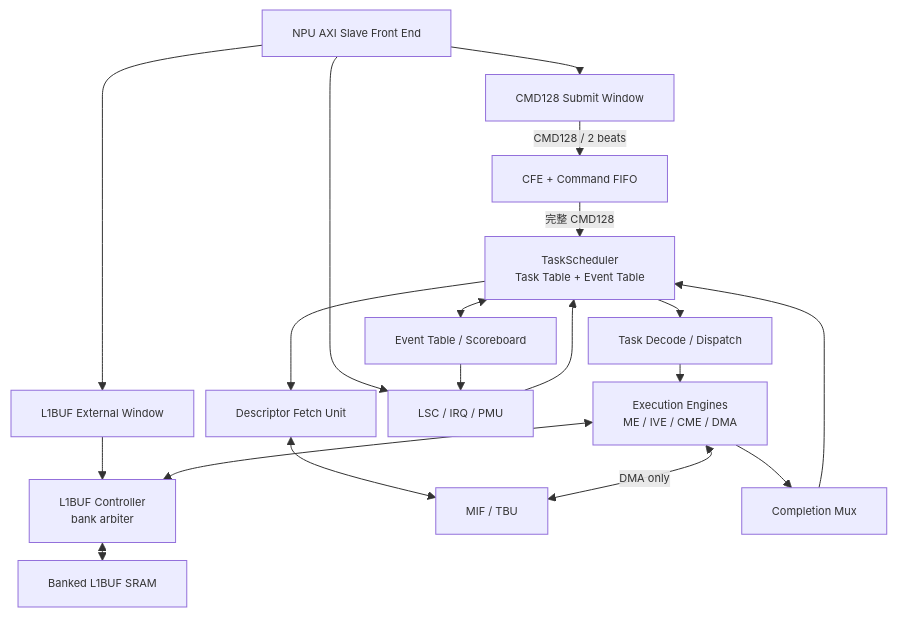
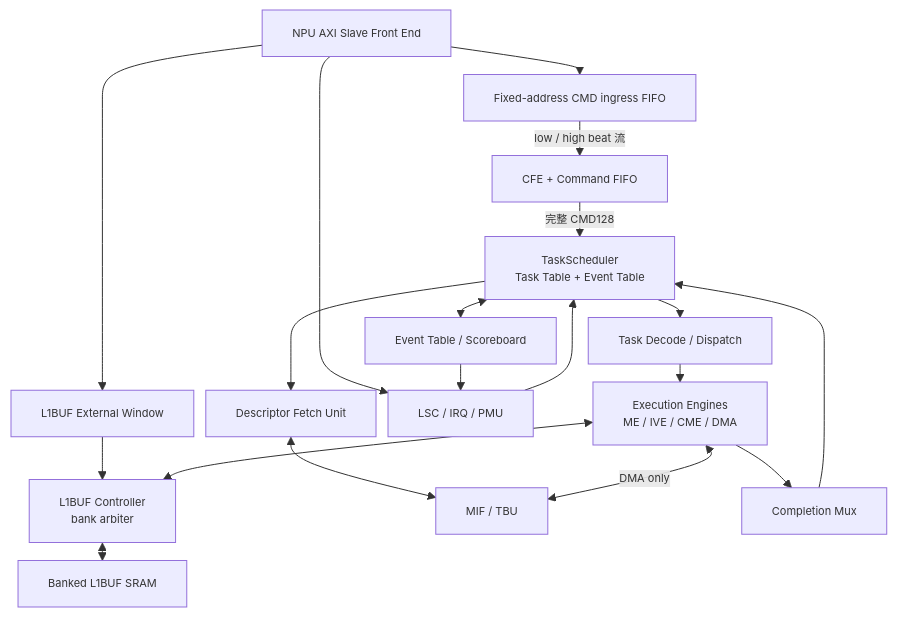
One commit to Little-W/Obsidian changed the third of 17 diagrams in NPU/NPU 指令与硬件架构设计 Spec.md. Above: the diagram before and after it, drawn with Mermaid. The commit also changed other lines of this file and 27 other files, not shown here.

````diff
--- a/NPU/NPU 指令与硬件架构设计 Spec.md
+++ b/NPU/NPU 指令与硬件架构设计 Spec.md
@@ -396,32 +400,32 @@
 ```mermaid
 %%{init: {"flowchart": {"useMaxWidth": true, "nodeSpacing": 12, "rankSpacing": 18}, "themeVariables": {"fontSize": "11px"}}}%%
 flowchart TB
     AXIS["NPU AXI Slave Front End"]
-    CMDW["CMD128 Submit Window"]
+    CMDW["Fixed-address CMD ingress FIFO"]
     CFE["CFE + Command FIFO"]
     TS["TaskScheduler<br/>Task Table + Event Table"]
     EVT["Event Table / Scoreboard"]
     DFU["Descriptor Fetch Unit"]
     DISP["Task Decode / Dispatch"]
     ENGS["Execution Engines<br/>ME / IVE / CME / DMA"]
     ARB["L1BUF Controller<br/>bank arbiter"]
     SRAM["Banked L1BUF SRAM"]
     MIF["MIF / TBU"]
     LSC["LSC / IRQ / PMU"]
     L1WIN["L1BUF External Window"]
     DONE["Completion Mux"]
 
-    AXIS --> CMDW -->|"CMD128 / 2 beats"| CFE -->|"完整 CMD128"| TS
+    AXIS --> CMDW -->|"low / high beat 流"| CFE -->|"完整 CMD128"| TS
     AXIS --> LSC
     AXIS --> L1WIN --> ARB
     TS <--> EVT
     TS --> DFU
     DFU <--> MIF
     TS --> DISP --> ENGS
     ENGS <--> ARB
     ARB <--> SRAM
     ENGS <-->|"DMA only"| MIF
     ENGS --> DONE --> TS
     EVT --> LSC
     LSC --> TS
 ```
````
